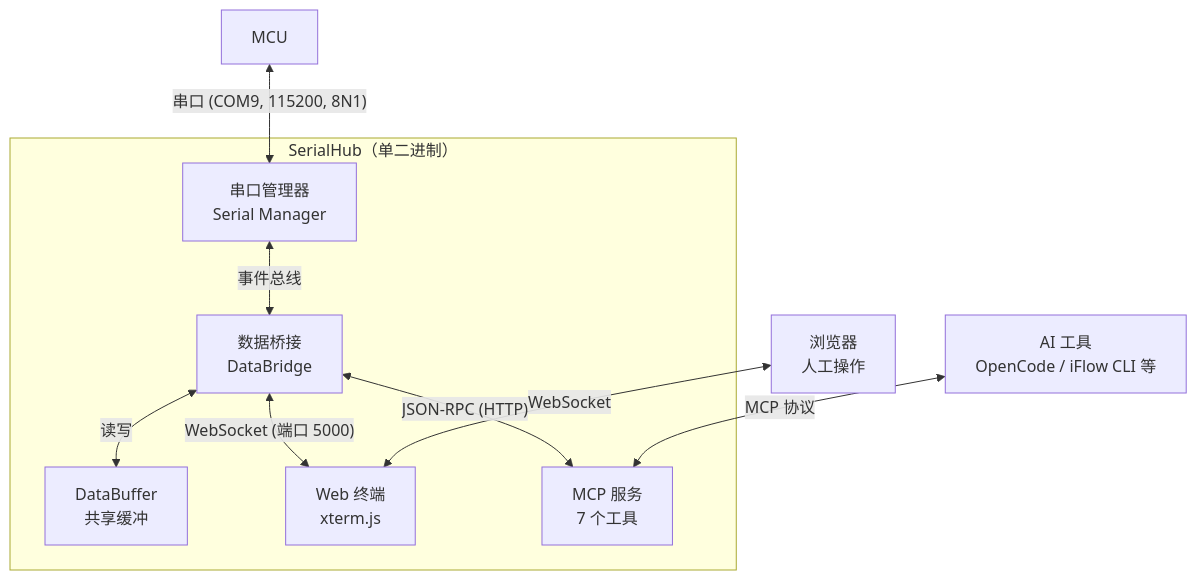
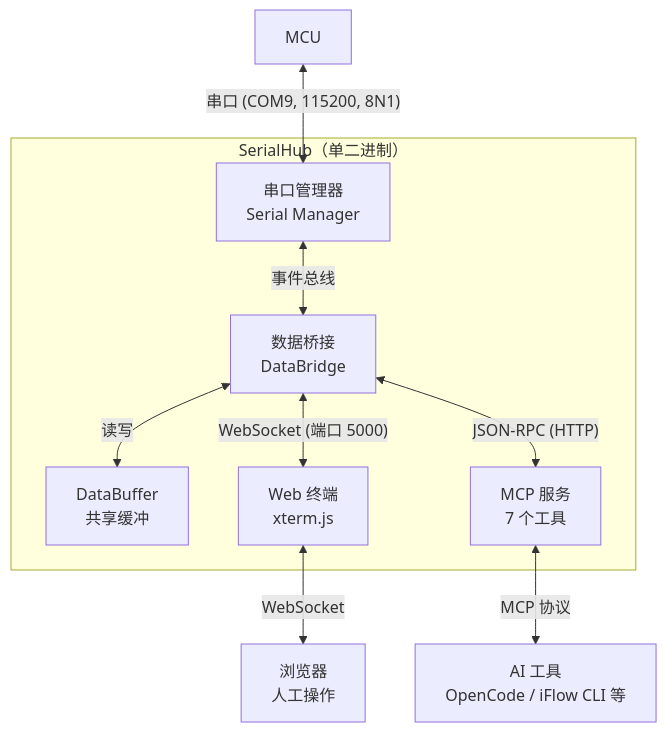
The diagram in README.md (dongly/SerialHub), drawn with Mermaid before and after one commit. The commit also changed 1 other file, not shown here.

Commit message:
docs(web): 英文 README 架构图改为 mermaid 并统一双语图布局
- README.en.md 的 ASCII 架构图替换为 mermaid，与中文版结构一致
- 外部连线声明方向反转（Web/MCP 在前），修复 Browser/AI 被排到顶部的问题

````diff
--- a/README.md
+++ b/README.md
@@ -21,14 +21,14 @@
 ```mermaid
 flowchart TB
     MCU["MCU"] <-->|"串口 (COM9, 115200, 8N1)"| Serial["串口管理器<br/>Serial Manager"]
 
     subgraph SerialHub["SerialHub（单二进制）"]
         Serial <-->|"事件总线"| Bridge["数据桥接<br/>DataBridge"]
         Bridge <-->|"读写"| Buffer["DataBuffer<br/>共享缓冲"]
         Bridge <-->|"WebSocket (端口 5000)"| Web["Web 终端<br/>xterm.js"]
         Bridge <-->|"JSON-RPC (HTTP)"| MCP["MCP 服务<br/>7 个工具"]
     end
 
-    Browser["浏览器<br/>人工操作"] <-->|"WebSocket"| Web
-    AI["AI 工具<br/>OpenCode / iFlow CLI 等"] <-->|"MCP 协议"| MCP
+    Web <-->|"WebSocket"| Browser["浏览器<br/>人工操作"]
+    MCP <-->|"MCP 协议"| AI["AI 工具<br/>OpenCode / iFlow CLI 等"]
 ```
````
